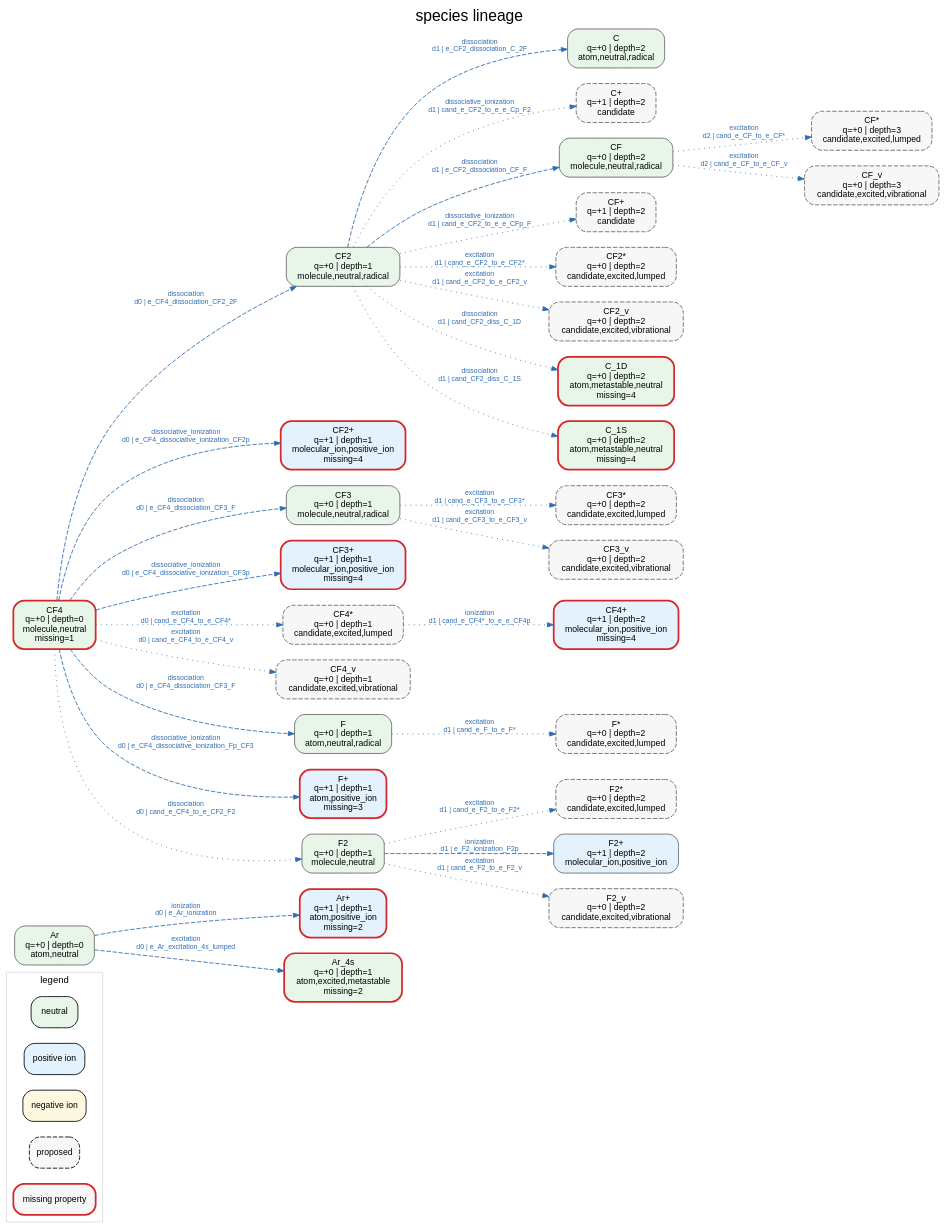
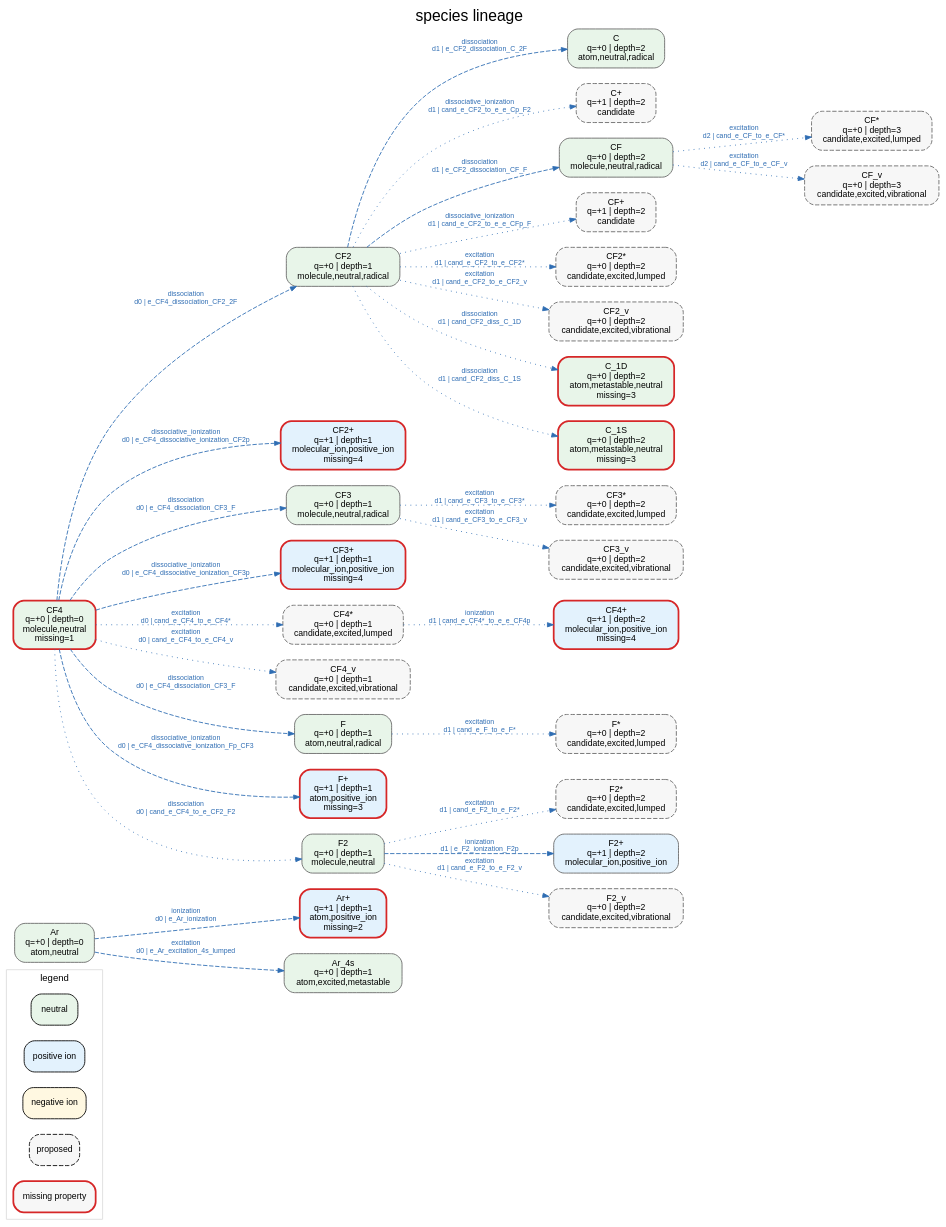
One commit to dkawa2523/react_gen changed the diagram in cases/ar_cf4/candidates/species_lineage.dot. Above: the diagram before and after it, drawn with Graphviz. The commit also changed 778 other files, not shown here.

```diff
--- a/cases/ar_cf4/candidates/species_lineage.dot
+++ b/cases/ar_cf4/candidates/species_lineage.dot
@@ -1,71 +1,71 @@
 digraph reactions {
   graph [rankdir=LR, splines=true, overlap=false, label="species lineage", labelloc=t, fontsize=18, fontname="Helvetica", bgcolor="transparent"];
   node [shape=box, style="rounded,filled", fontname="Helvetica", fontsize=10, margin=0.08];
   edge [fontname="Helvetica", fontsize=8, arrowsize=0.7];
   subgraph cluster_legend {
     label="legend"; fontsize=11; color="#DDDDDD";
     l_n [label="neutral", fillcolor="#E8F5E9"];
     l_p [label="positive ion", fillcolor="#E3F2FD"];
     l_m [label="negative ion", fillcolor="#FFF8E1"];
     l_c [label="proposed", fillcolor="#F7F7F7", style="rounded,filled,dashed"];
     l_x [label="missing property", fillcolor="#F7F7F7", color="#D62728", penwidth=2.0];
   }
   "Ar" [label="Ar\nq=+0 | depth=0\natom,neutral", fillcolor="#E8F5E9", style="rounded,filled", color="#666666", penwidth=1.0, tooltip="Ar"];
   "Ar+" [label="Ar+\nq=+1 | depth=1\natom,positive_ion\nmissing=2", fillcolor="#E3F2FD", style="rounded,filled", color="#D62728", penwidth=2.0, tooltip="Ar+ | missing=electron_affinity_eV,polarizability_A3"];
-  "Ar_4s" [label="Ar_4s\nq=+0 | depth=1\natom,excited,metastable\nmissing=2", fillcolor="#E8F5E9", style="rounded,filled", color="#D62728", penwidth=2.0, tooltip="Ar_4s | missing=collision_radius_A,polarizability_A3"];
+  "Ar_4s" [label="Ar_4s\nq=+0 | depth=1\natom,excited,metastable", fillcolor="#E8F5E9", style="rounded,filled", color="#666666", penwidth=1.0, tooltip="Ar_4s"];
   "C" [label="C\nq=+0 | depth=2\natom,neutral,radical", fillcolor="#E8F5E9", style="rounded,filled", color="#666666", penwidth=1.0, tooltip="C"];
   "C+" [label="C+\nq=+1 | depth=2\ncandidate", fillcolor="#F7F7F7", style="rounded,filled,dashed", color="#666666", penwidth=1.0, tooltip="C+"];
   "CF" [label="CF\nq=+0 | depth=2\nmolecule,neutral,radical", fillcolor="#E8F5E9", style="rounded,filled", color="#666666", penwidth=1.0, tooltip="CF"];
   "CF*" [label="CF*\nq=+0 | depth=3\ncandidate,excited,lumped", fillcolor="#F7F7F7", style="rounded,filled,dashed", color="#666666", penwidth=1.0, tooltip="CF*"];
   "CF+" [label="CF+\nq=+1 | depth=2\ncandidate", fillcolor="#F7F7F7", style="rounded,filled,dashed", color="#666666", penwidth=1.0, tooltip="CF+"];
   "CF2" [label="CF2\nq=+0 | depth=1\nmolecule,neutral,radical", fillcolor="#E8F5E9", style="rounded,filled", color="#666666", penwidth=1.0, tooltip="CF2"];
   "CF2*" [label="CF2*\nq=+0 | depth=2\ncandidate,excited,lumped", fillcolor="#F7F7F7", style="rounded,filled,dashed", color="#666666", penwidth=1.0, tooltip="CF2*"];
   "CF2+" [label="CF2+\nq=+1 | depth=1\nmolecular_ion,positive_ion\nmissing=4", fillcolor="#E3F2FD", style="rounded,filled", color="#D62728", penwidth=2.0, tooltip="CF2+ | missing=dipole_moment_D,electron_affinity_eV,ionization_energy_eV,polarizability_A3"];
   "CF2_v" [label="CF2_v\nq=+0 | depth=2\ncandidate,excited,vibrational", fillcolor="#F7F7F7", style="rounded,filled,dashed", color="#666666", penwidth=1.0, tooltip="CF2_v"];
   "CF3" [label="CF3\nq=+0 | depth=1\nmolecule,neutral,radical", fillcolor="#E8F5E9", style="rounded,filled", color="#666666", penwidth=1.0, tooltip="CF3"];
   "CF3*" [label="CF3*\nq=+0 | depth=2\ncandidate,excited,lumped", fillcolor="#F7F7F7", style="rounded,filled,dashed", color="#666666", penwidth=1.0, tooltip="CF3*"];
   "CF3+" [label="CF3+\nq=+1 | depth=1\nmolecular_ion,positive_ion\nmissing=4", fillcolor="#E3F2FD", style="rounded,filled", color="#D62728", penwidth=2.0, tooltip="CF3+ | missing=dipole_moment_D,electron_affinity_eV,ionization_energy_eV,polarizability_A3"];
   "CF3_v" [label="CF3_v\nq=+0 | depth=2\ncandidate,excited,vibrational", fillcolor="#F7F7F7", style="rounded,filled,dashed", color="#666666", penwidth=1.0, tooltip="CF3_v"];
   "CF4" [label="CF4\nq=+0 | depth=0\nmolecule,neutral\nmissing=1", fillcolor="#E8F5E9", style="rounded,filled", color="#D62728", penwidth=2.0, tooltip="CF4 | missing=electron_affinity_eV"];
   "CF4*" [label="CF4*\nq=+0 | depth=1\ncandidate,excited,lumped", fillcolor="#F7F7F7", style="rounded,filled,dashed", color="#666666", penwidth=1.0, tooltip="CF4*"];
   "CF4+" [label="CF4+\nq=+1 | depth=2\nmolecular_ion,positive_ion\nmissing=4", fillcolor="#E3F2FD", style="rounded,filled", color="#D62728", penwidth=2.0, tooltip="CF4+ | missing=dipole_moment_D,electron_affinity_eV,ionization_energy_eV,polarizability_A3"];
   "CF4_v" [label="CF4_v\nq=+0 | depth=1\ncandidate,excited,vibrational", fillcolor="#F7F7F7", style="rounded,filled,dashed", color="#666666", penwidth=1.0, tooltip="CF4_v"];
   "CF_v" [label="CF_v\nq=+0 | depth=3\ncandidate,excited,vibrational", fillcolor="#F7F7F7", style="rounded,filled,dashed", color="#666666", penwidth=1.0, tooltip="CF_v"];
-  "C_1D" [label="C_1D\nq=+0 | depth=2\natom,metastable,neutral\nmissing=4", fillcolor="#E8F5E9", style="rounded,filled", color="#D62728", penwidth=2.0, tooltip="C_1D | missing=collision_radius_A,electron_affinity_eV,ionization_energy_eV,polarizability_A3"];
-  "C_1S" [label="C_1S\nq=+0 | depth=2\natom,metastable,neutral\nmissing=4", fillcolor="#E8F5E9", style="rounded,filled", color="#D62728", penwidth=2.0, tooltip="C_1S | missing=collision_radius_A,electron_affinity_eV,ionization_energy_eV,polarizability_A3"];
+  "C_1D" [label="C_1D\nq=+0 | depth=2\natom,metastable,neutral\nmissing=3", fillcolor="#E8F5E9", style="rounded,filled", color="#D62728", penwidth=2.0, tooltip="C_1D | missing=collision_radius_A,electron_affinity_eV,ionization_energy_eV"];
+  "C_1S" [label="C_1S\nq=+0 | depth=2\natom,metastable,neutral\nmissing=3", fillcolor="#E8F5E9", style="rounded,filled", color="#D62728", penwidth=2.0, tooltip="C_1S | missing=collision_radius_A,electron_affinity_eV,ionization_energy_eV"];
   "F" [label="F\nq=+0 | depth=1\natom,neutral,radical", fillcolor="#E8F5E9", style="rounded,filled", color="#666666", penwidth=1.0, tooltip="F"];
   "F*" [label="F*\nq=+0 | depth=2\ncandidate,excited,lumped", fillcolor="#F7F7F7", style="rounded,filled,dashed", color="#666666", penwidth=1.0, tooltip="F*"];
   "F+" [label="F+\nq=+1 | depth=1\natom,positive_ion\nmissing=3", fillcolor="#E3F2FD", style="rounded,filled", color="#D62728", penwidth=2.0, tooltip="F+ | missing=electron_affinity_eV,ionization_energy_eV,polarizability_A3"];
   "F2" [label="F2\nq=+0 | depth=1\nmolecule,neutral", fillcolor="#E8F5E9", style="rounded,filled", color="#666666", penwidth=1.0, tooltip="F2"];
   "F2*" [label="F2*\nq=+0 | depth=2\ncandidate,excited,lumped", fillcolor="#F7F7F7", style="rounded,filled,dashed", color="#666666", penwidth=1.0, tooltip="F2*"];
   "F2+" [label="F2+\nq=+1 | depth=2\nmolecular_ion,positive_ion", fillcolor="#E3F2FD", style="rounded,filled", color="#666666", penwidth=1.0, tooltip="F2+"];
   "F2_v" [label="F2_v\nq=+0 | depth=2\ncandidate,excited,vibrational", fillcolor="#F7F7F7", style="rounded,filled,dashed", color="#666666", penwidth=1.0, tooltip="F2_v"];
   "Ar" -> "Ar_4s" [label="excitation\nd0 | e_Ar_excitation_4s_lumped", color="#2F6DB3", fontcolor="#2F6DB3", style="dashed", tooltip="e + Ar -> e + Ar_4s"];
   "Ar" -> "Ar+" [label="ionization\nd0 | e_Ar_ionization", color="#2F6DB3", fontcolor="#2F6DB3", style="dashed", tooltip="e + Ar -> 2 e + Ar+"];
   "CF4" -> "CF3" [label="dissociation\nd0 | e_CF4_dissociation_CF3_F", color="#2F6DB3", fontcolor="#2F6DB3", style="dashed", tooltip="e + CF4 -> e + CF3 + F"];
   "CF4" -> "F" [label="dissociation\nd0 | e_CF4_dissociation_CF3_F", color="#2F6DB3", fontcolor="#2F6DB3", style="dashed", tooltip="e + CF4 -> e + CF3 + F"];
   "CF4" -> "CF2" [label="dissociation\nd0 | e_CF4_dissociation_CF2_2F", color="#2F6DB3", fontcolor="#2F6DB3", style="dashed", tooltip="e + CF4 -> e + CF2 + 2 F"];
   "CF4" -> "CF3+" [label="dissociative_ionization\nd0 | e_CF4_dissociative_ionization_CF3p", color="#2F6DB3", fontcolor="#2F6DB3", style="dashed", tooltip="e + CF4 -> 2 e + CF3+ + F"];
   "CF4" -> "F+" [label="dissociative_ionization\nd0 | e_CF4_dissociative_ionization_Fp_CF3", color="#2F6DB3", fontcolor="#2F6DB3", style="dashed", tooltip="e + CF4 -> 2 e + CF3 + F+"];
   "CF4" -> "CF2+" [label="dissociative_ionization\nd0 | e_CF4_dissociative_ionization_CF2p", color="#2F6DB3", fontcolor="#2F6DB3", style="dashed", tooltip="e + CF4 -> 2 e + CF2+ + 2 F"];
   "CF4" -> "CF4_v" [label="excitation\nd0 | cand_e_CF4_to_e_CF4_v", color="#2F6DB3", fontcolor="#2F6DB3", style="dotted", tooltip="e + CF4 -> e + CF4_v"];
   "CF4" -> "CF4*" [label="excitation\nd0 | cand_e_CF4_to_e_CF4*", color="#2F6DB3", fontcolor="#2F6DB3", style="dotted", tooltip="e + CF4 -> e + CF4*"];
   "CF4" -> "F2" [label="dissociation\nd0 | cand_e_CF4_to_e_CF2_F2", color="#2F6DB3", fontcolor="#2F6DB3", style="dotted", tooltip="e + CF4 -> e + CF2 + F2"];
   "CF2" -> "CF" [label="dissociation\nd1 | e_CF2_dissociation_CF_F", color="#2F6DB3", fontcolor="#2F6DB3", style="dashed", tooltip="e + CF2 -> e + CF + F"];
   "CF2" -> "C" [label="dissociation\nd1 | e_CF2_dissociation_C_2F", color="#2F6DB3", fontcolor="#2F6DB3", style="dashed", tooltip="e + CF2 -> e + C + 2 F"];
   "F2" -> "F2+" [label="ionization\nd1 | e_F2_ionization_F2p", color="#2F6DB3", fontcolor="#2F6DB3", style="dashed", tooltip="e + F2 -> 2 e + F2+"];
   "CF2" -> "CF2_v" [label="excitation\nd1 | cand_e_CF2_to_e_CF2_v", color="#2F6DB3", fontcolor="#2F6DB3", style="dotted", tooltip="e + CF2 -> e + CF2_v"];
   "CF2" -> "CF2*" [label="excitation\nd1 | cand_e_CF2_to_e_CF2*", color="#2F6DB3", fontcolor="#2F6DB3", style="dotted", tooltip="e + CF2 -> e + CF2*"];
   "CF2" -> "CF+" [label="dissociative_ionization\nd1 | cand_e_CF2_to_e_e_CFp_F", color="#2F6DB3", fontcolor="#2F6DB3", style="dotted", tooltip="e + CF2 -> e + e + CF+ + F"];
   "CF2" -> "C+" [label="dissociative_ionization\nd1 | cand_e_CF2_to_e_e_Cp_F2", color="#2F6DB3", fontcolor="#2F6DB3", style="dotted", tooltip="e + CF2 -> e + e + C+ + F2"];
   "CF3" -> "CF3_v" [label="excitation\nd1 | cand_e_CF3_to_e_CF3_v", color="#2F6DB3", fontcolor="#2F6DB3", style="dotted", tooltip="e + CF3 -> e + CF3_v"];
   "CF3" -> "CF3*" [label="excitation\nd1 | cand_e_CF3_to_e_CF3*", color="#2F6DB3", fontcolor="#2F6DB3", style="dotted", tooltip="e + CF3 -> e + CF3*"];
   "CF4*" -> "CF4+" [label="ionization\nd1 | cand_e_CF4*_to_e_e_CF4p", color="#2F6DB3", fontcolor="#2F6DB3", style="dotted", tooltip="e + CF4* -> e + e + CF4+"];
   "F" -> "F*" [label="excitation\nd1 | cand_e_F_to_e_F*", color="#2F6DB3", fontcolor="#2F6DB3", style="dotted", tooltip="e + F -> e + F*"];
   "F2" -> "F2_v" [label="excitation\nd1 | cand_e_F2_to_e_F2_v", color="#2F6DB3", fontcolor="#2F6DB3", style="dotted", tooltip="e + F2 -> e + F2_v"];
   "F2" -> "F2*" [label="excitation\nd1 | cand_e_F2_to_e_F2*", color="#2F6DB3", fontcolor="#2F6DB3", style="dotted", tooltip="e + F2 -> e + F2*"];
   "CF2" -> "C_1D" [label="dissociation\nd1 | cand_CF2_diss_C_1D", color="#2F6DB3", fontcolor="#2F6DB3", style="dotted", tooltip="e + CF2 -> e + F2 + C_1D"];
   "CF2" -> "C_1S" [label="dissociation\nd1 | cand_CF2_diss_C_1S", color="#2F6DB3", fontcolor="#2F6DB3", style="dotted", tooltip="e + CF2 -> e + F2 + C_1S"];
   "CF" -> "CF_v" [label="excitation\nd2 | cand_e_CF_to_e_CF_v", color="#2F6DB3", fontcolor="#2F6DB3", style="dotted", tooltip="e + CF -> e + CF_v"];
   "CF" -> "CF*" [label="excitation\nd2 | cand_e_CF_to_e_CF*", color="#2F6DB3", fontcolor="#2F6DB3", style="dotted", tooltip="e + CF -> e + CF*"];
 }
```
